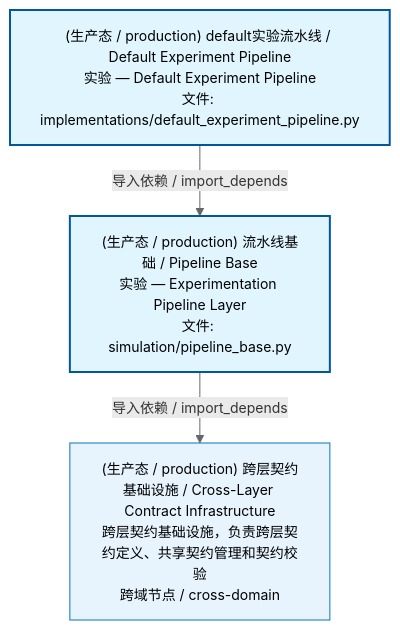
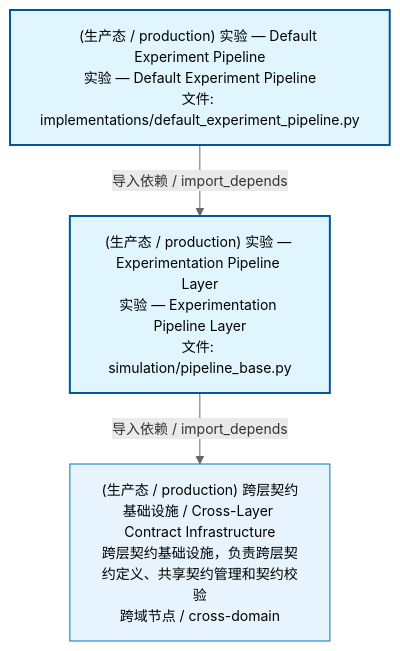
One commit to xuanFelixVan/ZephyrAlpha changed the second of 4 diagrams in docs/02_enterprise_architecture/02_domain_architecture_docs/70_d_simulation.md. Above: the diagram before and after it, drawn with Mermaid. The commit also changed other lines of this file and 75 other files, not shown here.

````diff
--- a/docs/02_enterprise_architecture/02_domain_architecture_docs/70_d_simulation.md
+++ b/docs/02_enterprise_architecture/02_domain_architecture_docs/70_d_simulation.md
@@ -73,15 +95,15 @@
 ```mermaid
 %%{init: {'theme': 'base', 'themeVariables': {'primaryColor': '#eaeaea', 'primaryTextColor': '#333333', 'primaryBorderColor': '#666666', 'lineColor': '#666666', 'secondaryColor': '#eaeaea', 'tertiaryColor': '#eaeaea', 'fontSize': '14px'}}}%%
 flowchart TD
-    src_zephyr_simulation_implementations_default_experiment_pipeline_py["(生产态 / production) default实验流水线 / Default Experiment Pipeline<br/>实验 — Default Experiment Pipeline<br/>文件: implementations/default_experiment_pipeline.py"]
-    src_zephyr_simulation_pipeline_base_py["(生产态 / production) 流水线基础 / Pipeline Base<br/>实验 — Experimentation Pipeline Layer<br/>文件: simulation/pipeline_base.py"]
+    src_zephyr_simulation_implementations_default_experiment_pipeline_py["(生产态 / production) 实验 — Default Experiment Pipeline<br/>实验 — Default Experiment Pipeline<br/>文件: implementations/default_experiment_pipeline.py"]
+    src_zephyr_simulation_pipeline_base_py["(生产态 / production) 实验 — Experimentation Pipeline Layer<br/>实验 — Experimentation Pipeline Layer<br/>文件: simulation/pipeline_base.py"]
     src_zephyr_simulation_implementations_default_experiment_pipeline_py -->|导入依赖 / import_depends| src_zephyr_simulation_pipeline_base_py
     D_INFRASTRUCTURE["(生产态 / production) 跨层契约基础设施 / Cross-Layer Contract Infrastructure<br/>跨层契约基础设施，负责跨层契约定义、共享契约管理和契约校验<br/>跨域节点 / cross-domain"]
     src_zephyr_simulation_pipeline_base_py -->|导入依赖 / import_depends| D_INFRASTRUCTURE
     classDef production fill:#e1f5fe,stroke:#01579b,stroke-width:2px,color:#000
     classDef design fill:#fff3e0,stroke:#e65100,stroke-width:2px,color:#000,stroke-dasharray: 5 5
     classDef external_prod fill:#e8f4fd,stroke:#0277bd,stroke-width:1px,color:#000
     classDef external_design fill:#fff8e7,stroke:#ef6c00,stroke-width:1px,color:#000,stroke-dasharray: 5 5
     class src_zephyr_simulation_implementations_default_experiment_pipeline_py,src_zephyr_simulation_pipeline_base_py production
     class D_INFRASTRUCTURE external_prod
 ```
````
